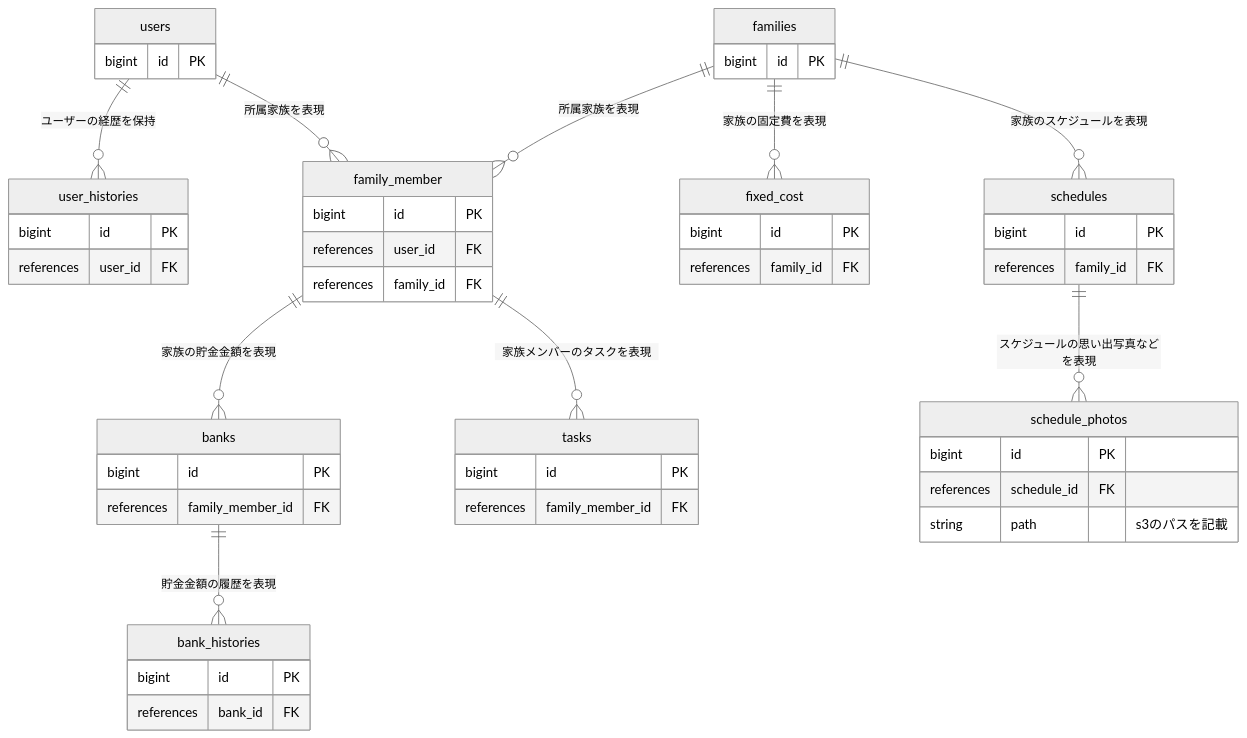
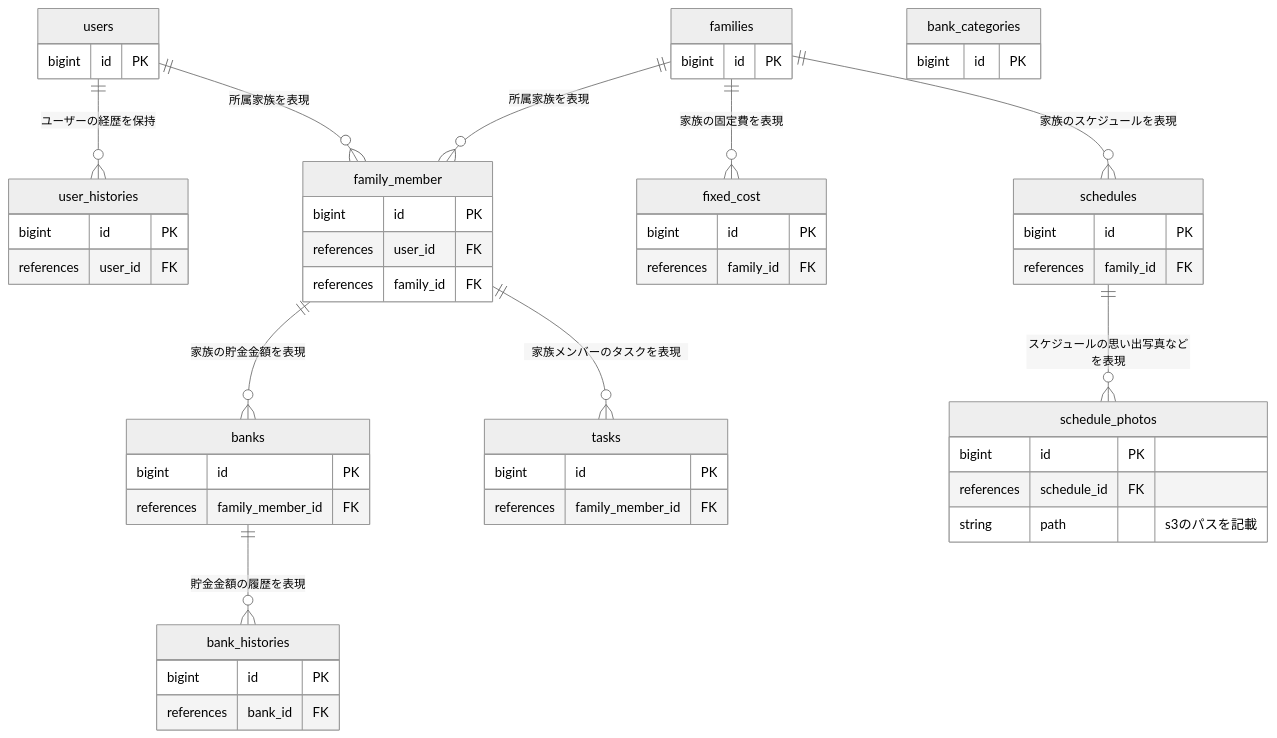
Before and after one commit to shokiogawa/Lifequest: the diagram in Reamme.md, drawn with Mermaid (neutral theme). The commit also changed 32 other files, not shown here.

````diff
--- a/Reamme.md
+++ b/Reamme.md
@@ -9,64 +9,69 @@
 ```mermaid
 erDiagram
   users ||--o{ user_histories : "ユーザーの経歴を保持"
   users ||--o{ family_member : "所属家族を表現"
   families ||--o{ family_member: "所属家族を表現"
   families ||--o{ fixed_cost: "家族の固定費を表現"
   families ||--o{ schedules: "家族のスケジュールを表現"
   schedules ||--o{ schedule_photos: "スケジュールの思い出写真などを表現"
   family_member ||--o{ banks: "家族の貯金金額を表現"
   banks ||--o{ bank_histories: "貯金金額の履歴を表現"
   family_member ||--o{ tasks: "家族メンバーのタスクを表現"
 
   users {
     bigint id PK
   }
 
   user_histories{
     bigint id PK
     references user_id FK
   }
 
   families {
     bigint id PK
   }
 
   family_member {
     bigint id PK
     references user_id FK
     references family_id FK
   }
 
 
   fixed_cost {
     bigint id PK
     references family_id FK
   }
 
   schedules{
     bigint id PK
     references family_id FK
   }
 
   schedule_photos{
     bigint id PK
     references schedule_id FK
     string path "s3のパスを記載"
   }
 
   banks{
     bigint id PK
     references family_member_id FK
   }
 
   bank_histories{
     bigint id PK
     references bank_id FK
   }
 
   tasks{
     bigint id PK
     references family_member_id FK
   }
 
+  bank_categories{
+    bigint id PK
+
+  }
+
 ```
````
